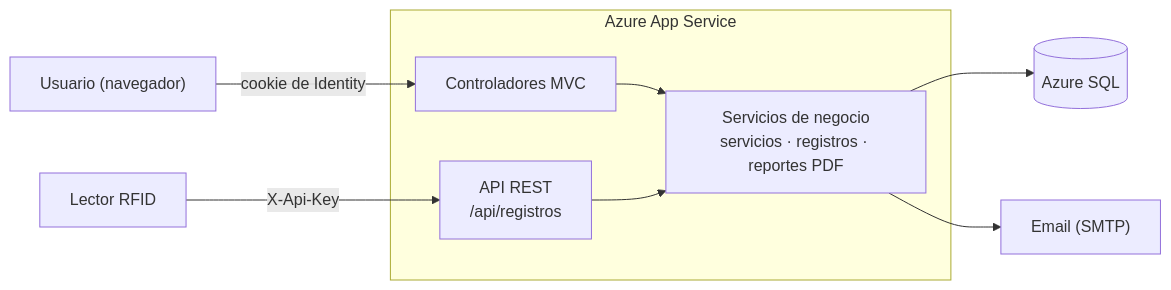
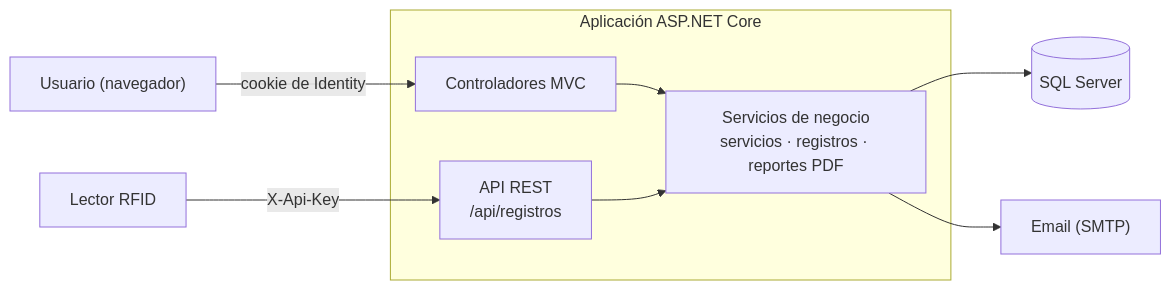
Before and after one commit to f-Rra/Control-Almuerzos-MVC: the second of 2 diagrams in README.md, drawn with Mermaid. The commit also changed other lines of this file, not shown here.

First line of the commit message:
docs(readme): sacar el link de la demo de Azure, que ya no existe

````diff
--- a/README.md
+++ b/README.md
@@ -82,12 +81,12 @@
 ```mermaid
 flowchart LR
     Usuario["Usuario (navegador)"] -->|cookie de Identity| MVC
     Lector["Lector RFID"] -->|X-Api-Key| API
-    subgraph Azure["Azure App Service"]
+    subgraph Servidor["Aplicación ASP.NET Core"]
         MVC["Controladores MVC"] --> Neg
         API["API REST<br/>/api/registros"] --> Neg
         Neg["Servicios de negocio<br/>servicios · registros · reportes PDF"]
     end
-    Neg --> DB[("Azure SQL")]
+    Neg --> DB[("SQL Server")]
     Neg --> Mail["Email (SMTP)"]
 ```
````
